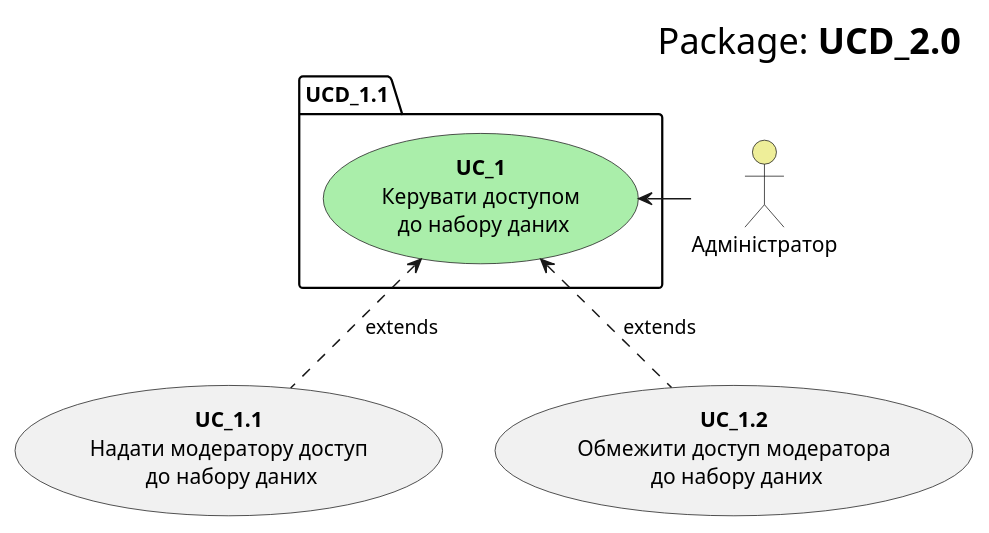
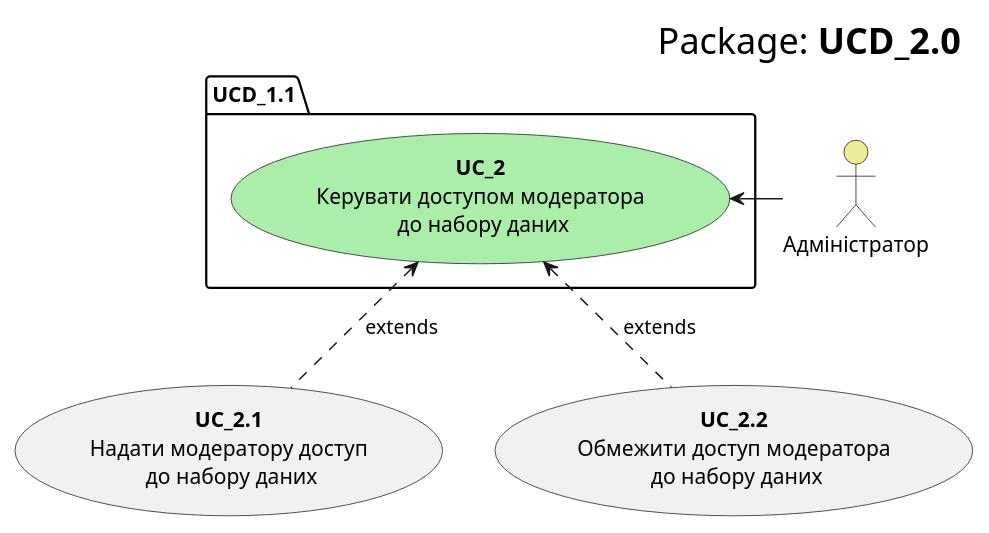
The diagram in src/uml/usecase20.puml (KarmazinN/db_open_data), drawn with PlantUML before and after one commit.

```diff
--- a/src/uml/usecase20.puml
+++ b/src/uml/usecase20.puml
@@ -1,19 +1,19 @@
 @startuml
     right header
         <font size=24 color=black>Package:<b> UCD_2.0
     end header
 
     package UCD_1.1 {
-        usecase "<b>UC_1</b>\nКерувати доступом\n до набору даних" as UC_1 #aaeeaa
+        usecase "<b>UC_2</b>\nКерувати доступом модератора\n до набору даних" as UC_1 #aaeeaa
     }
     
     actor "Адміністратор" as Admin #eeee99
     Admin -l-> UC_1
     
-    usecase "<b>UC_1.1</b>\nНадати модератору доступ\n до набору даних" as UC_1.1
-    usecase "<b>UC_1.2</b>\nОбмежити доступ модератора\n до набору даних" as UC_1.2
+    usecase "<b>UC_2.1</b>\nНадати модератору доступ\n до набору даних" as UC_2.1
+    usecase "<b>UC_2.2</b>\nОбмежити доступ модератора\n до набору даних" as UC_2.2
     
-    UC_1.1 .u.> UC_1: extends
-    UC_1.2 .u.> UC_1: extends
+    UC_2.1 .u.> UC_1: extends
+    UC_2.2 .u.> UC_1: extends
     
 @enduml
```
